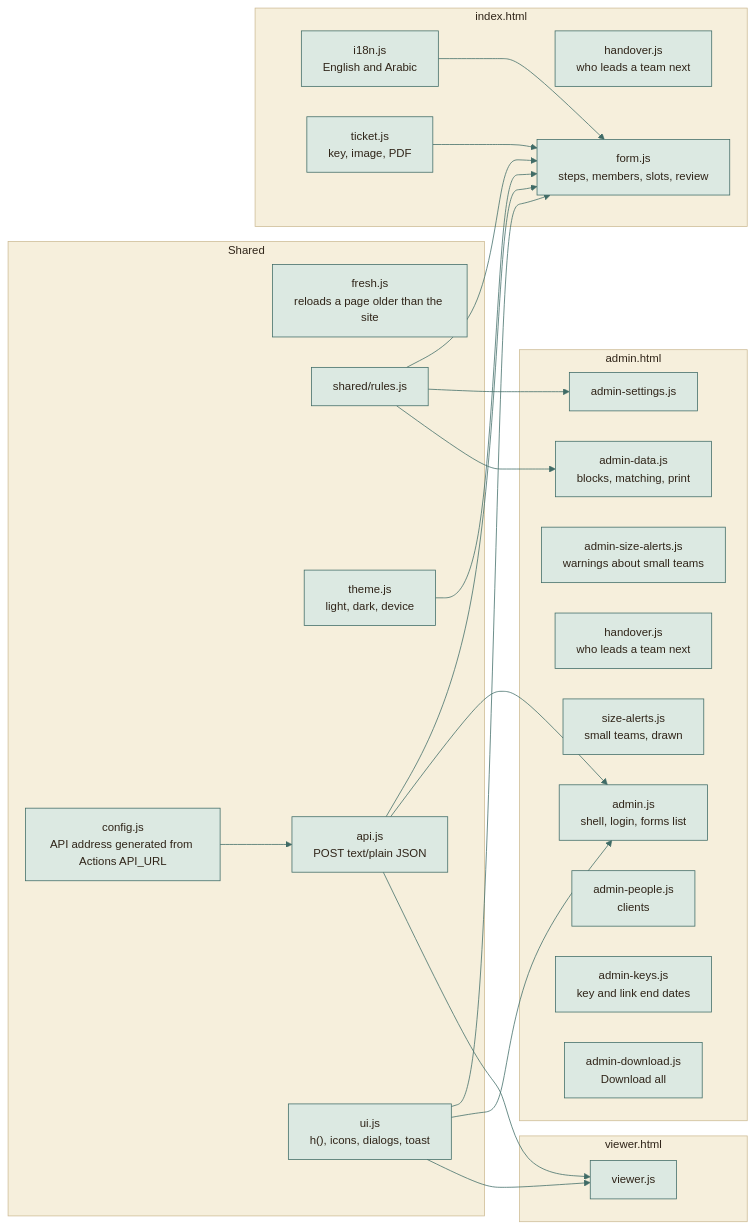
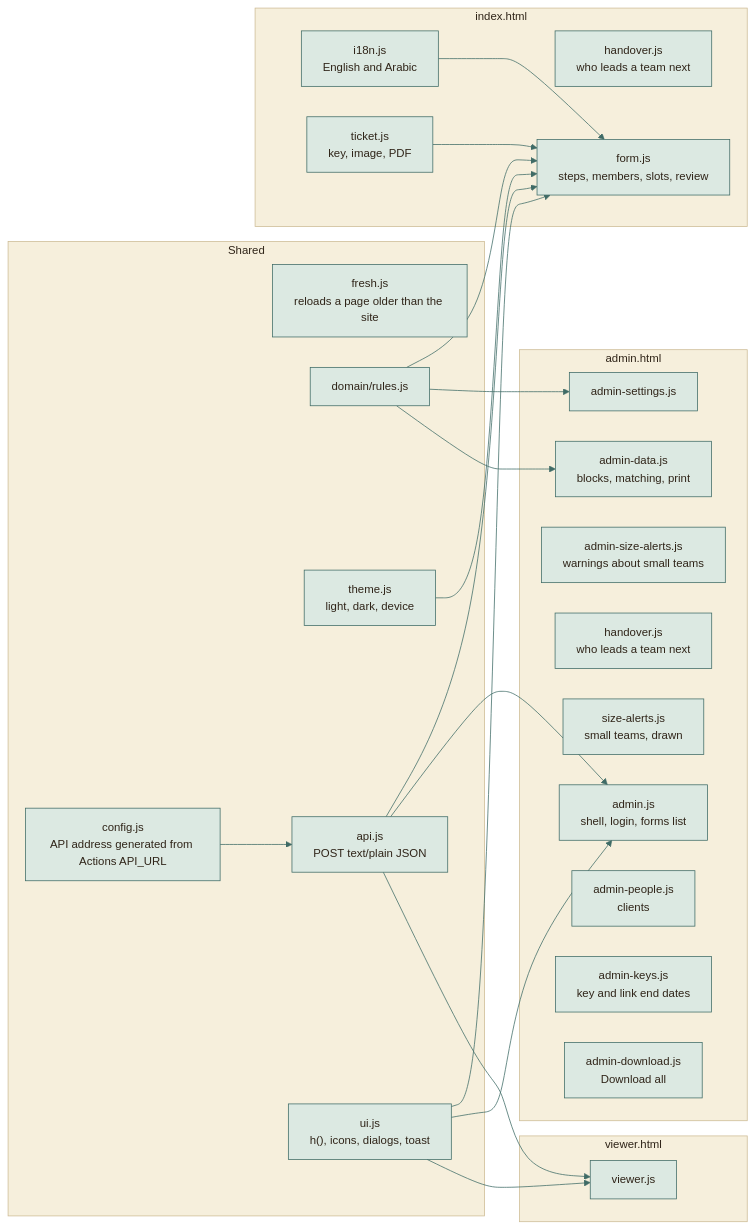
One commit to moyeh04/forms-platform changed the tenth of 12 diagrams in docs/architecture/ARCHITECTURE.md. Above: the diagram before and after it, drawn with Mermaid. The commit also changed other lines of this file and 69 other files, not shown here.

````diff
--- a/docs/architecture/ARCHITECTURE.md
+++ b/docs/architecture/ARCHITECTURE.md
@@ -688,72 +688,72 @@
 ```mermaid
 %%{init: {
   'theme': 'base',
   'themeVariables': {
     'fontFamily': 'ui-sans-serif, system-ui, -apple-system, Segoe UI, Roboto, sans-serif',
     'fontSize': '15px',
     'primaryColor': '#DCE9E2', 'primaryBorderColor': '#3F6B66', 'primaryTextColor': '#2F2418',
     'secondaryColor': '#F0E4C8', 'secondaryBorderColor': '#C9A24A', 'secondaryTextColor': '#2F2418',
     'tertiaryColor': '#F6EFDC', 'tertiaryBorderColor': '#CDBB94', 'tertiaryTextColor': '#2F2418',
     'lineColor': '#3F6B66', 'textColor': '#2F2418', 'mainBkg': '#DCE9E2', 'nodeBorder': '#3F6B66',
     'clusterBkg': '#F6EFDC', 'clusterBorder': '#CDBB94', 'titleColor': '#2F2418',
     'edgeLabelBackground': '#F8F1DD',
     'actorBkg': '#DCE9E2', 'actorBorder': '#3F6B66', 'actorTextColor': '#2F2418', 'actorLineColor': '#8FB3AB',
     'signalColor': '#477A73', 'signalTextColor': '#477A73',
     'labelBoxBkgColor': '#F0E4C8', 'labelBoxBorderColor': '#C9A24A', 'labelTextColor': '#2F2418', 'loopTextColor': '#6A5A44',
     'noteBkgColor': '#FBEFC9', 'noteBorderColor': '#C9A24A', 'noteTextColor': '#2F2418',
     'activationBkgColor': '#DCE9E2', 'activationBorderColor': '#3F6B66', 'sequenceNumberColor': '#F8F1DD',
     'transitionColor': '#3F6B66', 'stateLabelColor': '#2F2418', 'stateBkg': '#DCE9E2', 'altBackground': '#F6EFDC',
     'attributeBackgroundColorOdd': '#F8F1DD', 'attributeBackgroundColorEven': '#F0E4C8'
   },
   'flowchart': {'curve': 'basis', 'padding': 14, 'nodeSpacing': 40, 'rankSpacing': 46},
   'sequence': {'mirrorActors': false, 'messageMargin': 34, 'boxMargin': 8}
 }}%%
 flowchart LR
     subgraph shared["Shared"]
         cfg["config.js<br/>API address generated from Actions API_URL"]
         fr["fresh.js<br/>reloads a page older than the site"]
-        rl["shared/rules.js"]
+        rl["domain/rules.js"]
         th["theme.js<br/>light, dark, device"]
         api["api.js<br/>POST text/plain JSON"]
         ui["ui.js<br/>h(), icons, dialogs, toast"]
     end
     subgraph student["index.html"]
         i18n["i18n.js<br/>English and Arabic"]
         tk["ticket.js<br/>key, image, PDF"]
         h1["handover.js<br/>who leads a team next"]
         fm["form.js<br/>steps, members, slots, review"]
     end
     subgraph adminp["admin.html"]
         a1["admin.js<br/>shell, login, forms list"]
         a2["admin-settings.js"]
         a7["admin-size-alerts.js<br/>warnings about small teams"]
         h2["handover.js<br/>who leads a team next"]
         s2["size-alerts.js<br/>small teams, drawn"]
         a3["admin-data.js<br/>blocks, matching, print"]
         a4["admin-people.js<br/>clients"]
         a5["admin-keys.js<br/>key and link end dates"]
         a6["admin-download.js<br/>Download all"]
     end
     subgraph viewerp["viewer.html"]
         v1["viewer.js"]
     end
     cfg --> api
     api --> fm
     api --> a1
     api --> v1
     rl --> fm
     rl --> a2
     rl --> a3
     ui --> fm
     ui --> a1
     ui --> v1
     th --> fm
     i18n --> fm
     tk --> fm
     classDef cDb fill:#F3E2B3,stroke:#B8892D,stroke-width:1.5px,color:#2F2418
     classDef cActor fill:#F4D9D3,stroke:#9A3328,stroke-width:1.5px,color:#2F2418
     classDef cDec fill:#FBEFC9,stroke:#C9A24A,stroke-width:1.5px,color:#2F2418
     classDef cEnd fill:#2F2418,stroke:#2F2418,color:#F8F1DD
     classDef cErr fill:#F6D5CF,stroke:#A12B1F,stroke-width:1.5px,color:#5A140C
     classDef cOk fill:#BFD9CF,stroke:#2E5A55,stroke-width:1.5px,color:#17302D
 ```
````
